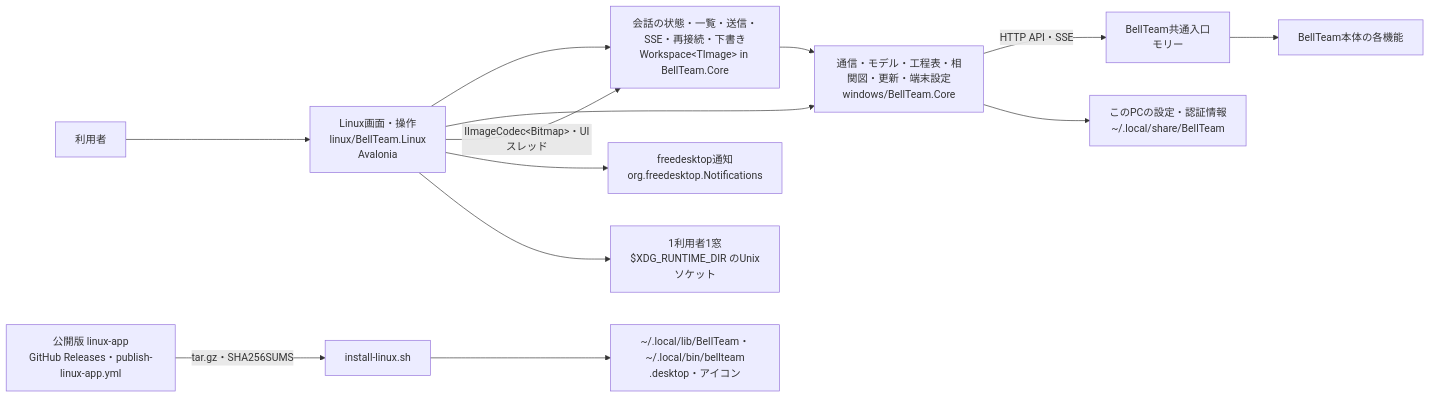
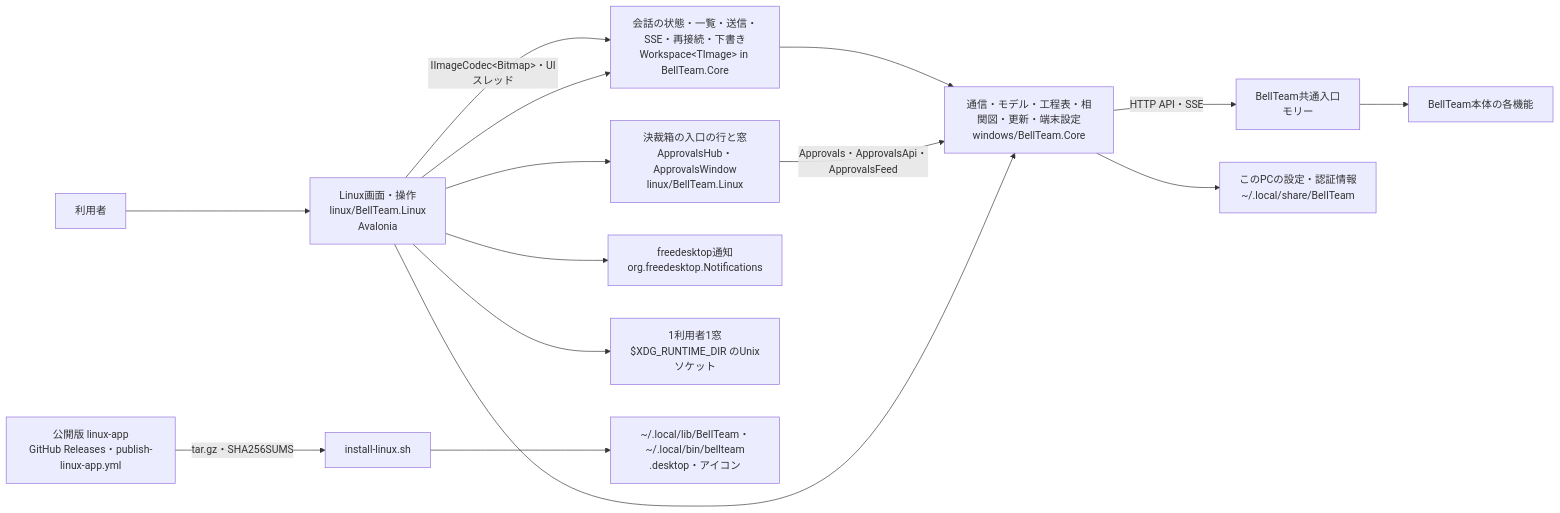
Before and after one commit to kitepon/BellTeam: the first of 3 diagrams in docs/linux-architecture.md, drawn with Mermaid. The commit also changed other lines of this file and 10 other files, not shown here.

````diff
--- a/docs/linux-architecture.md
+++ b/docs/linux-architecture.md
@@ -9,15 +9,17 @@
 ```mermaid
 flowchart LR
   user[利用者] --> ui[Linux画面・操作<br/>linux/BellTeam.Linux<br/>Avalonia]
   ui --> ws[会話の状態・一覧・送信・SSE・再接続・下書き<br/>Workspace&lt;TImage&gt; in BellTeam.Core]
   ui --> core[通信・モデル・工程表・相関図・更新・端末設定<br/>windows/BellTeam.Core]
+  ui --> abx[決裁箱の入口の行と窓<br/>ApprovalsHub・ApprovalsWindow<br/>linux/BellTeam.Linux]
+  abx -->|Approvals・ApprovalsApi・ApprovalsFeed| core
   ws --> core
   ui -->|IImageCodec&lt;Bitmap&gt;・UIスレッド| ws
   core -->|HTTP API・SSE| integration[BellTeam共通入口<br/>モリー]
   core --> local[このPCの設定・認証情報<br/>~/.local/share/BellTeam]
   ui --> notify[freedesktop通知<br/>org.freedesktop.Notifications]
   ui --> single[1利用者1窓<br/>$XDG_RUNTIME_DIR のUnixソケット]
   release[公開版 linux-app<br/>GitHub Releases・publish-linux-app.yml] -->|tar.gz・SHA256SUMS| install[install-linux.sh]
   install --> files[~/.local/lib/BellTeam・~/.local/bin/bellteam<br/>.desktop・アイコン]
   integration --> server[BellTeam本体の各機能]
 ```
````
